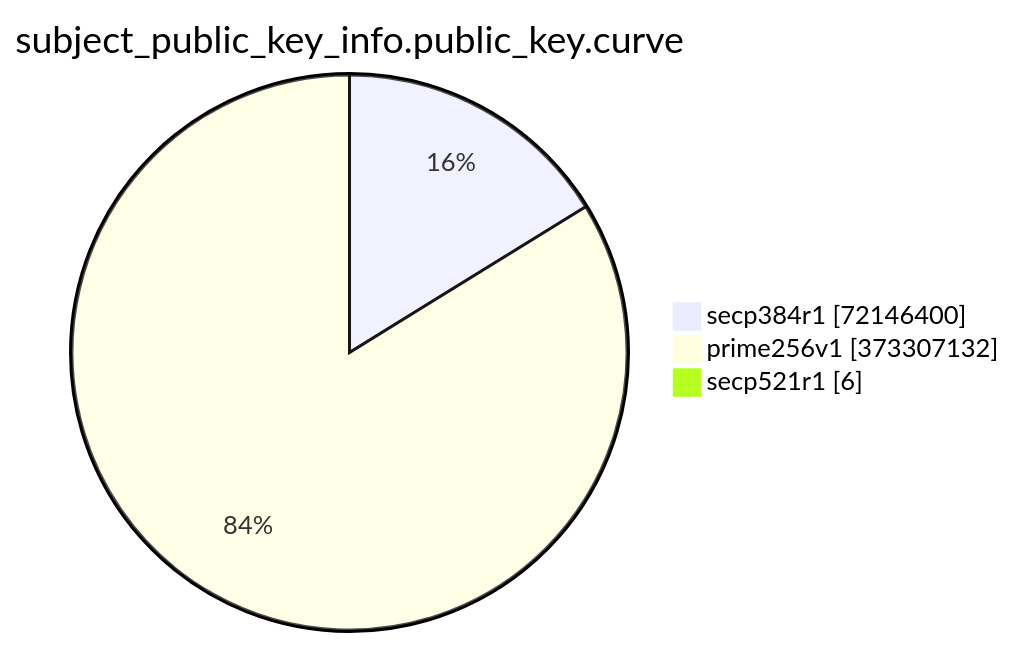
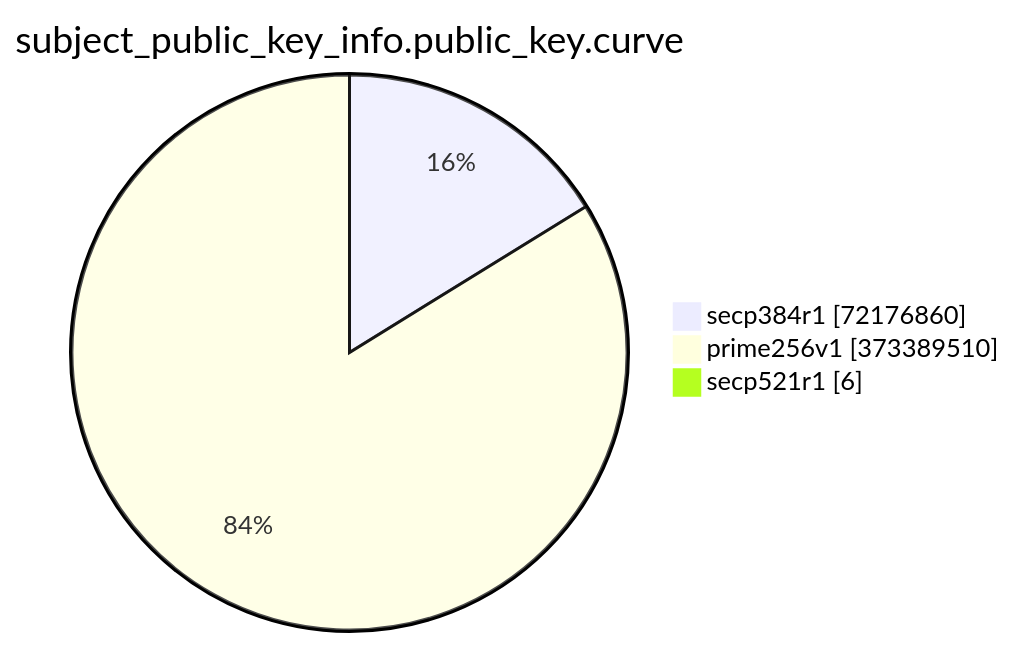
One commit to christiankrug/ctmonitor_visualization changed the eighth of 15 diagrams in TOTAL/README.md. Above: the diagram before and after it, drawn with Mermaid. The commit also changed other lines of this file, not shown here.

````diff
--- a/TOTAL/README.md
+++ b/TOTAL/README.md
@@ -3094,7 +3094,7 @@
 ```mermaid
 pie showData
 title subject_public_key_info.public_key.curve
-"secp384r1" :72146400
-"prime256v1" :373307132
+"secp384r1" :72176860
+"prime256v1" :373389510
 "secp521r1" :6
 ```
````
